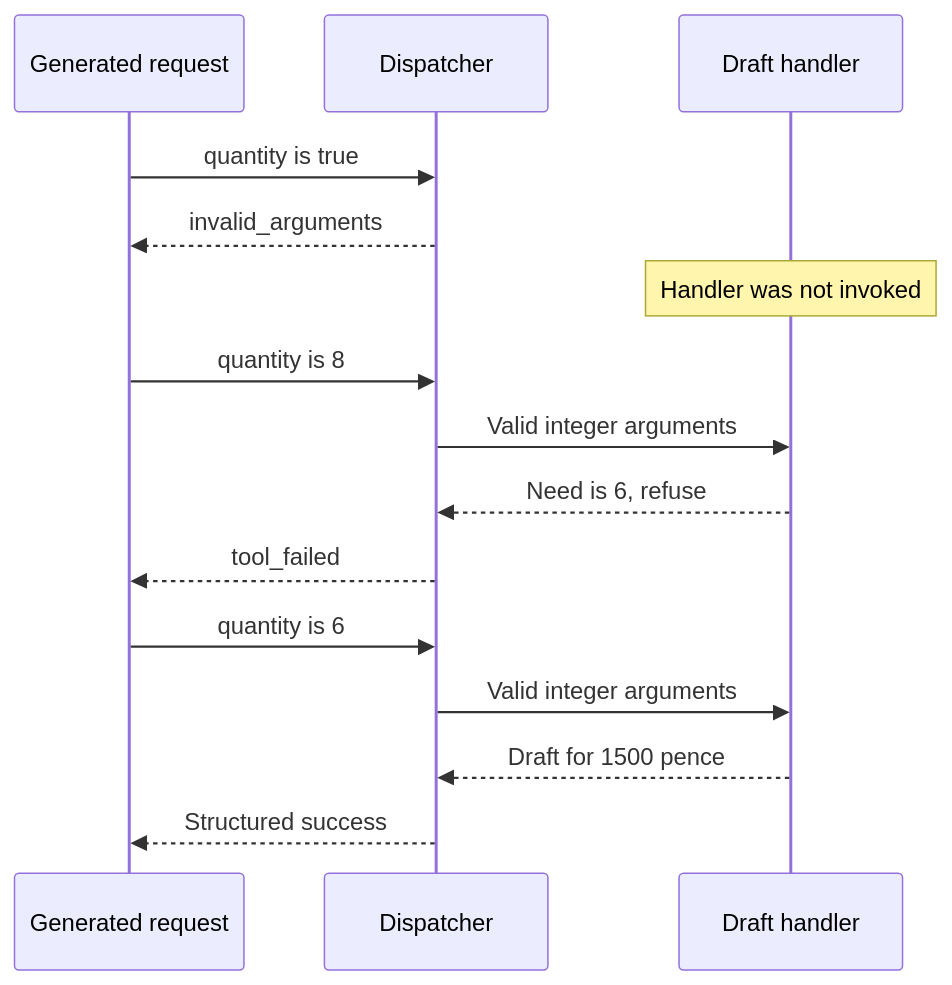
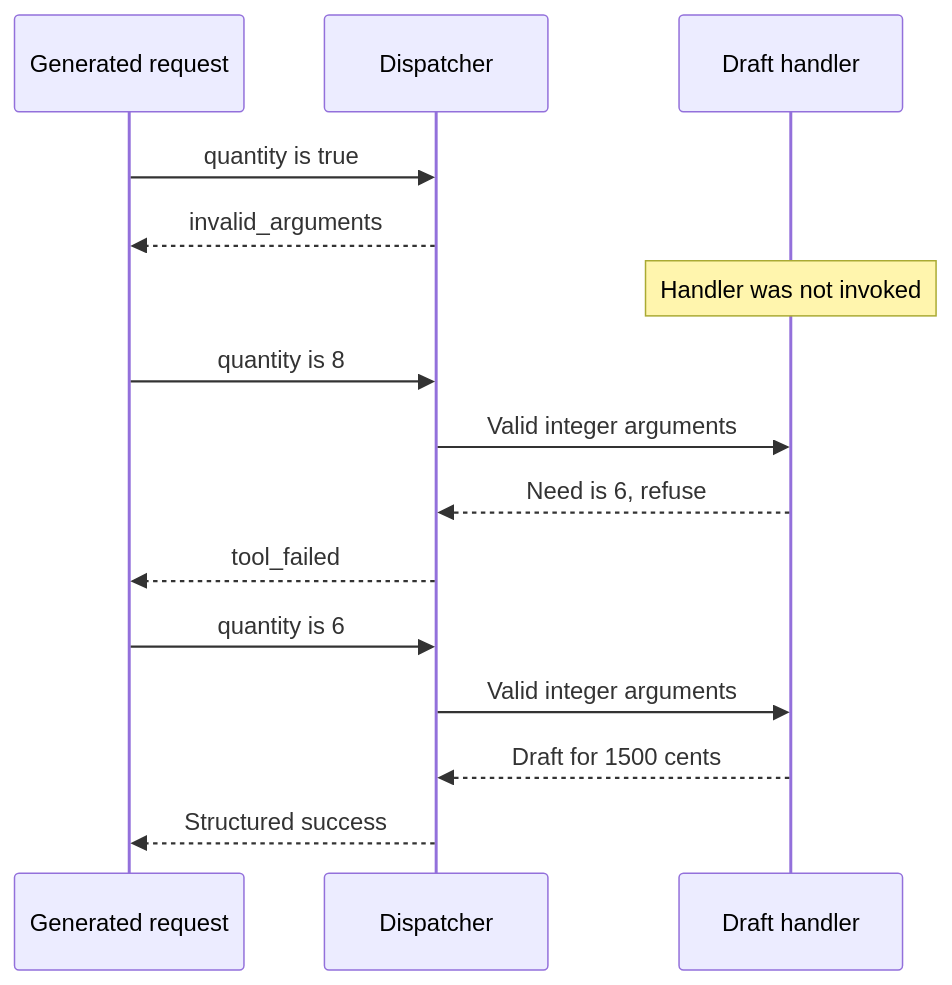
Before and after one commit to profrodai/sovereign-agent: the second of 3 diagrams in book/textbook/ch02/profrod-sovereign-agent-ch02-pydantic-shop-tools-chapter.md, drawn with Mermaid. The commit also changed other lines of this file and 343 other files, not shown here.

````diff
--- a/book/textbook/ch02/profrod-sovereign-agent-ch02-pydantic-shop-tools-chapter.md
+++ b/book/textbook/ch02/profrod-sovereign-agent-ch02-pydantic-shop-tools-chapter.md
@@ -589,17 +589,17 @@
 ```mermaid
 sequenceDiagram
     participant Caller as Generated request
     participant D as Dispatcher
     participant H as Draft handler
     Caller->>D: quantity is true
     D-->>Caller: invalid_arguments
     Note over H: Handler was not invoked
     Caller->>D: quantity is 8
     D->>H: Valid integer arguments
     H-->>D: Need is 6, refuse
     D-->>Caller: tool_failed
     Caller->>D: quantity is 6
     D->>H: Valid integer arguments
-    H-->>D: Draft for 1500 pence
+    H-->>D: Draft for 1500 cents
     D-->>Caller: Structured success
 ```
````
